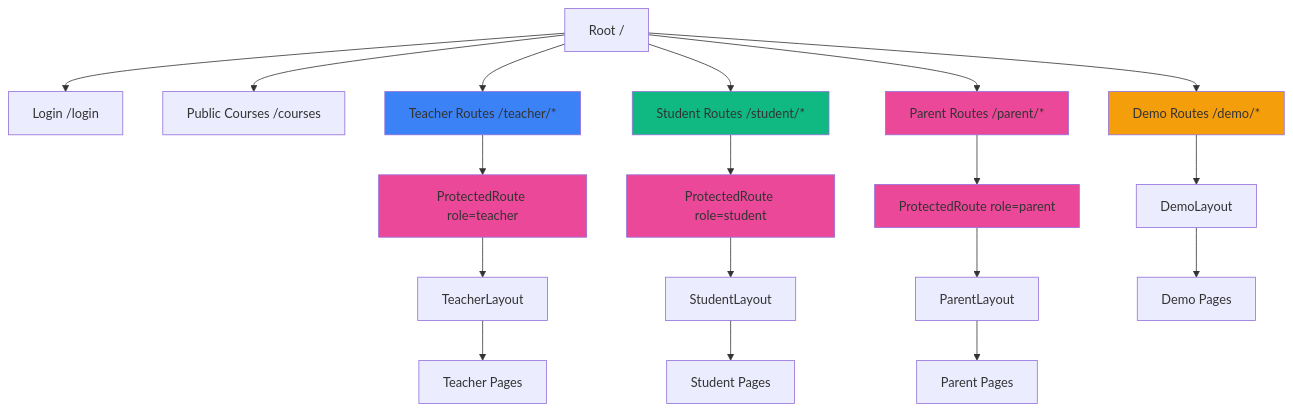
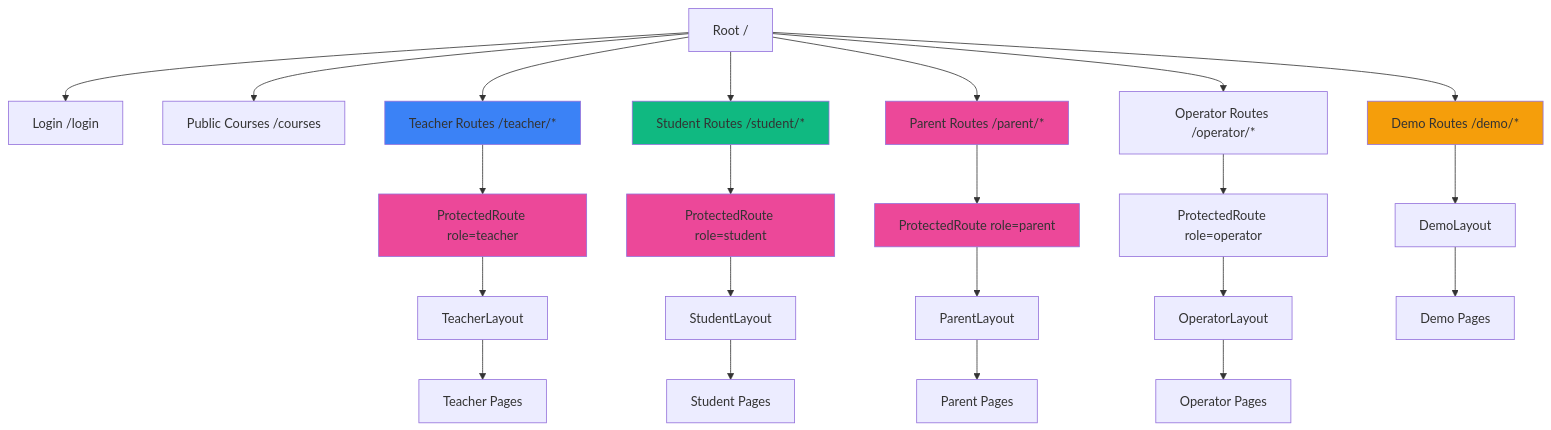
One commit to lil-id/ajarinaja changed the seventh of 20 diagrams in ARCHITECTURE.md. Above: the diagram before and after it, drawn with Mermaid. The commit also changed other lines of this file and 16 other files, not shown here.

````diff
--- a/ARCHITECTURE.md
+++ b/ARCHITECTURE.md
@@ -708,31 +720,35 @@
 ```mermaid
 graph TD
     A["Root /"] --> B["Login /login"]
     A --> C["Public Courses /courses"]
     A --> D["Teacher Routes /teacher/*"]
     A --> E["Student Routes /student/*"]
     A --> PA["Parent Routes /parent/*"]
+    A --> O["Operator Routes /operator/*"]
     A --> F["Demo Routes /demo/*"]
     
     D --> G["ProtectedRoute role=teacher"]
     E --> H["ProtectedRoute role=student"]
     PA --> PB["ProtectedRoute role=parent"]
+    O --> PO["ProtectedRoute role=operator"]
     
     G --> I[TeacherLayout]
     H --> J[StudentLayout]
     PB --> PC[ParentLayout]
+    PO --> OK[OperatorLayout]
     F --> K[DemoLayout]
     
     I --> L[Teacher Pages]
     J --> M[Student Pages]
     PC --> PD[Parent Pages]
+    OK --> OP[Operator Pages]
     K --> N[Demo Pages]
     
     style D fill:#3b82f6
     style E fill:#10b981
     style PA fill:#ec4899
     style F fill:#f59e0b
     style G fill:#ec4899
     style H fill:#ec4899
     style PB fill:#ec4899
 ```
````
